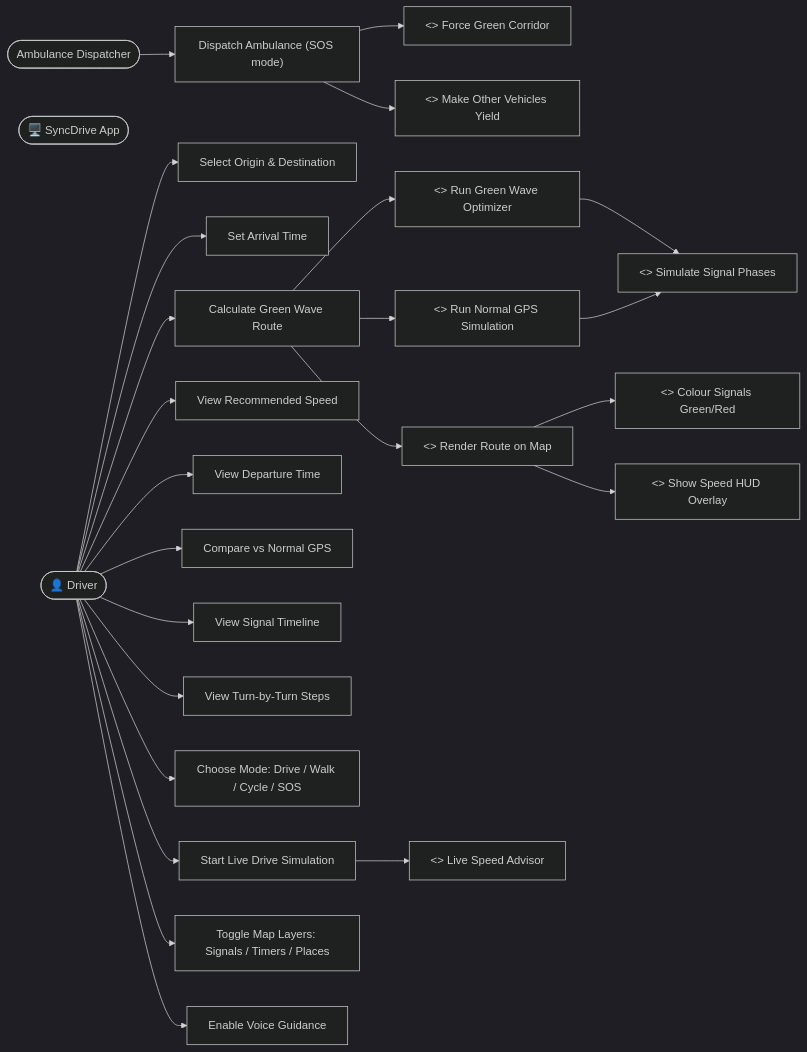
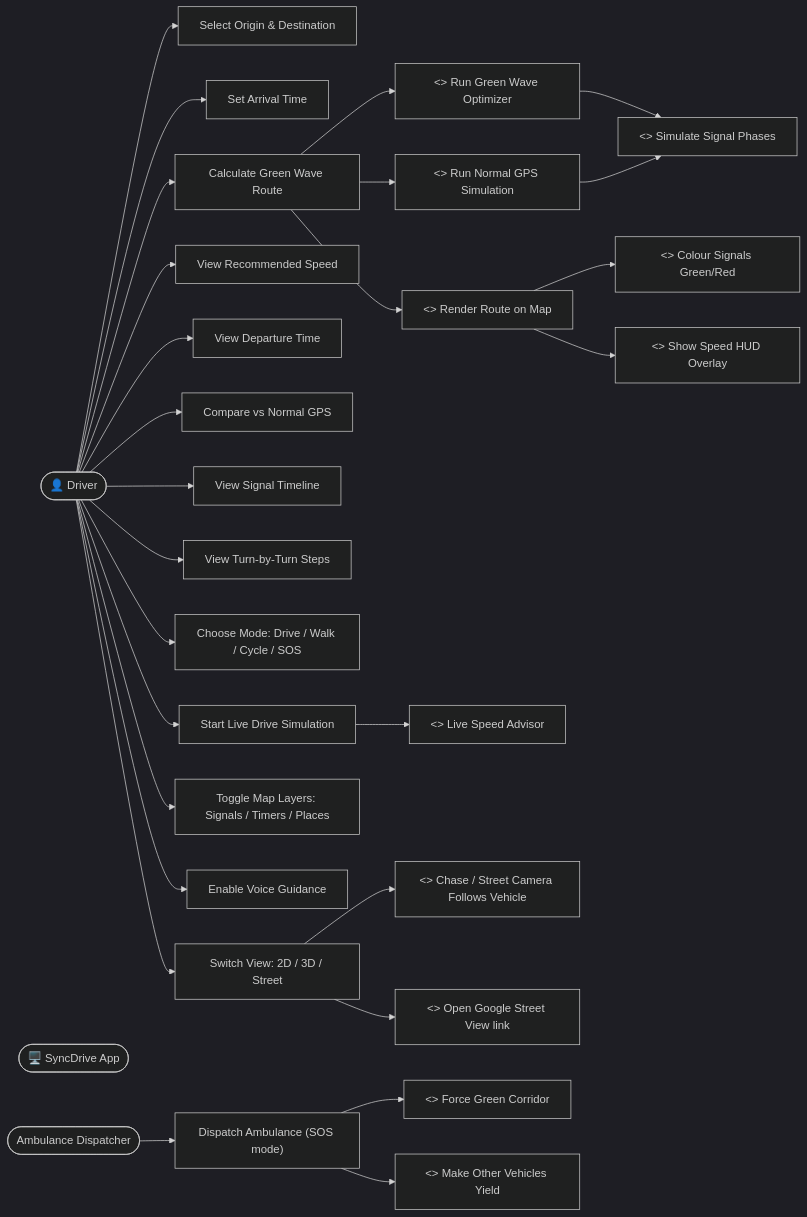
Before and after one commit to tiet-ucs503/ucs503p-202627odd-template: the diagram in diagrams/01-use-case.md, drawn with Mermaid. The commit also changed other lines of this file and 11 other files, not shown here.

Commit message:
feat: 3D map and street view (MapLibre + OpenFreeMap), docs and W8 journals

````diff
--- a/diagrams/01-use-case.md
+++ b/diagrams/01-use-case.md
@@ -3,32 +3,35 @@
 ```mermaid
 %%{init: {"theme": "dark"}}%%
 graph LR
     Driver(["👤 Driver"])
     System(["🖥️ SyncDrive App"])
 
     Driver --> UC1["Select Origin & Destination"]
     Driver --> UC2["Set Arrival Time"]
     Driver --> UC3["Calculate Green Wave Route"]
     Driver --> UC4["View Recommended Speed"]
     Driver --> UC5["View Departure Time"]
     Driver --> UC6["Compare vs Normal GPS"]
     Driver --> UC7["View Signal Timeline"]
     Driver --> UC8["View Turn-by-Turn Steps"]
     Driver --> UC15["Choose Mode: Drive / Walk / Cycle / SOS"]
     Driver --> UC16["Start Live Drive Simulation"]
     Driver --> UC17["Toggle Map Layers: Signals / Timers / Places"]
     Driver --> UC18["Enable Voice Guidance"]
+    Driver --> UC23["Switch View: 2D / 3D / Street"]
+    UC23 --> UC24["<<include>> Chase / Street Camera Follows Vehicle"]
+    UC23 --> UC25["<<extend>> Open Google Street View link"]
     Dispatcher(["Ambulance Dispatcher"]) --> UC19["Dispatch Ambulance (SOS mode)"]
     UC19 --> UC20["<<include>> Force Green Corridor"]
     UC19 --> UC21["<<include>> Make Other Vehicles Yield"]
     UC16 --> UC22["<<include>> Live Speed Advisor"]
 
     UC3 --> UC9["<<include>> Run Green Wave Optimizer"]
     UC3 --> UC10["<<include>> Run Normal GPS Simulation"]
     UC3 --> UC11["<<include>> Render Route on Map"]
     UC9 --> UC12["<<include>> Simulate Signal Phases"]
     UC10 --> UC12
 
     UC11 --> UC13["<<extend>> Colour Signals Green/Red"]
     UC11 --> UC14["<<extend>> Show Speed HUD Overlay"]
 ```
````
